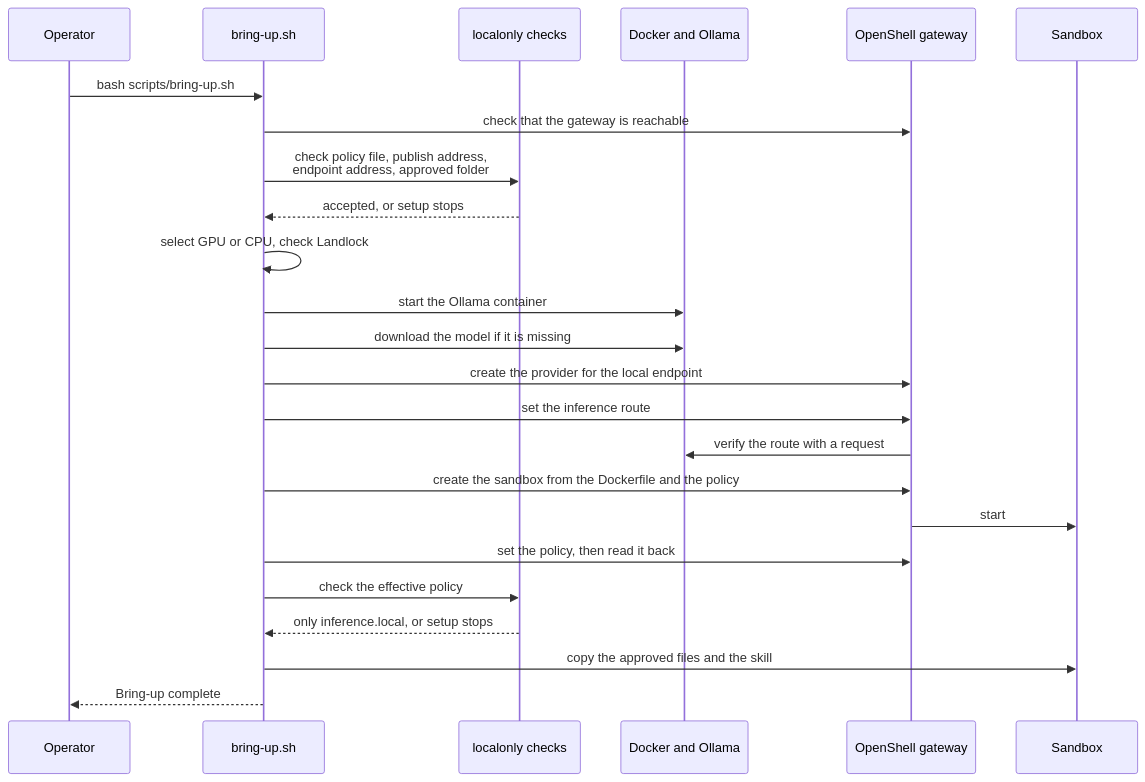
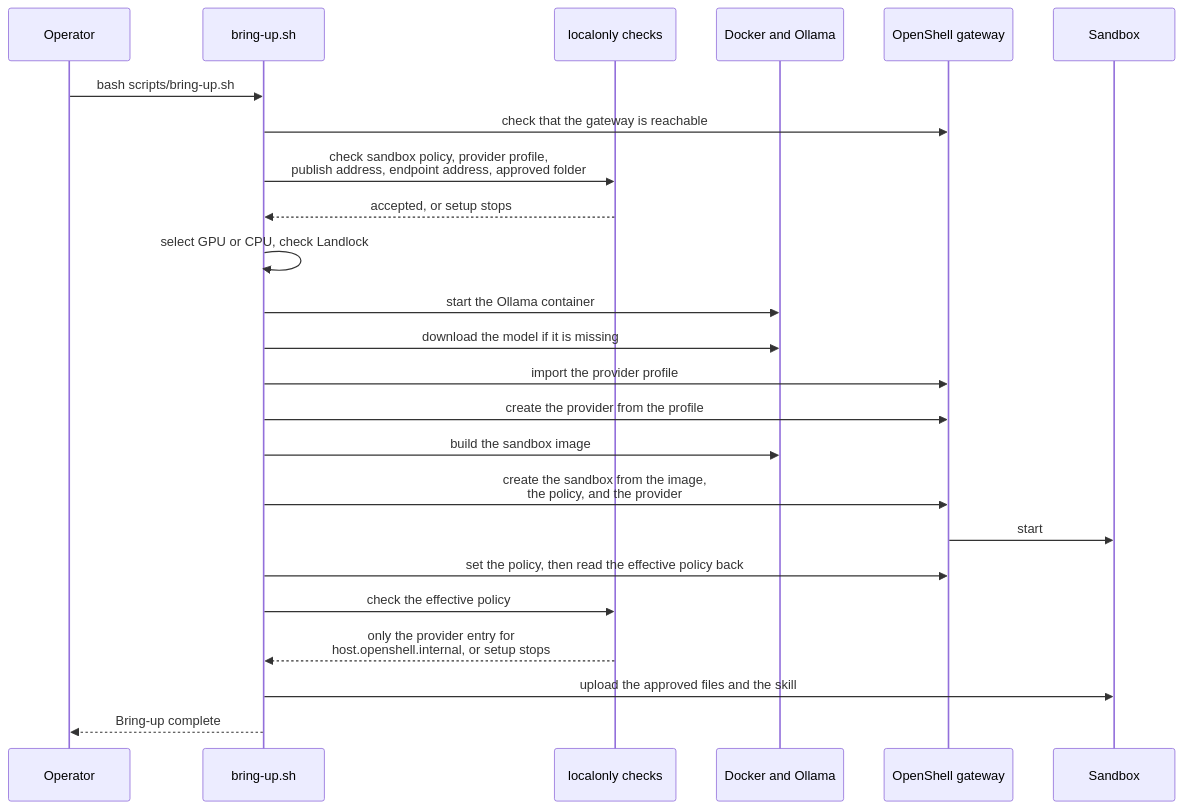
Before and after one commit to NVIDIA/nemoclaw-community: the second of 4 diagrams in examples/recipes/community/local-only-workspace-assistant/README.md, drawn with Mermaid. The commit also changed other lines of this file and 30 other files, not shown here.

First line of the commit message:
fix(local-only-workspace-assistant): port setup to OpenShell 0.1 and run it live

````diff
--- a/examples/recipes/community/local-only-workspace-assistant/README.md
+++ b/examples/recipes/community/local-only-workspace-assistant/README.md
@@ -189,27 +204,27 @@
 ```mermaid
 sequenceDiagram
     participant Op as Operator
     participant Up as bring-up.sh
     participant Ck as localonly checks
     participant Dk as Docker and Ollama
     participant Gw as OpenShell gateway
     participant Sb as Sandbox
 
     Op->>Up: bash scripts/bring-up.sh
     Up->>Gw: check that the gateway is reachable
-    Up->>Ck: check policy file, publish address,<br/>endpoint address, approved folder
+    Up->>Ck: check sandbox policy, provider profile,<br/>publish address, endpoint address, approved folder
     Ck-->>Up: accepted, or setup stops
     Up->>Up: select GPU or CPU, check Landlock
     Up->>Dk: start the Ollama container
     Up->>Dk: download the model if it is missing
-    Up->>Gw: create the provider for the local endpoint
-    Up->>Gw: set the inference route
-    Gw->>Dk: verify the route with a request
-    Up->>Gw: create the sandbox from the Dockerfile and the policy
+    Up->>Gw: import the provider profile
+    Up->>Gw: create the provider from the profile
+    Up->>Dk: build the sandbox image
+    Up->>Gw: create the sandbox from the image,<br/>the policy, and the provider
     Gw->>Sb: start
-    Up->>Gw: set the policy, then read it back
+    Up->>Gw: set the policy, then read the effective policy back
     Up->>Ck: check the effective policy
-    Ck-->>Up: only inference.local, or setup stops
-    Up->>Sb: copy the approved files and the skill
+    Ck-->>Up: only the provider entry for<br/>host.openshell.internal, or setup stops
+    Up->>Sb: upload the approved files and the skill
     Up-->>Op: Bring-up complete
 ```
````
